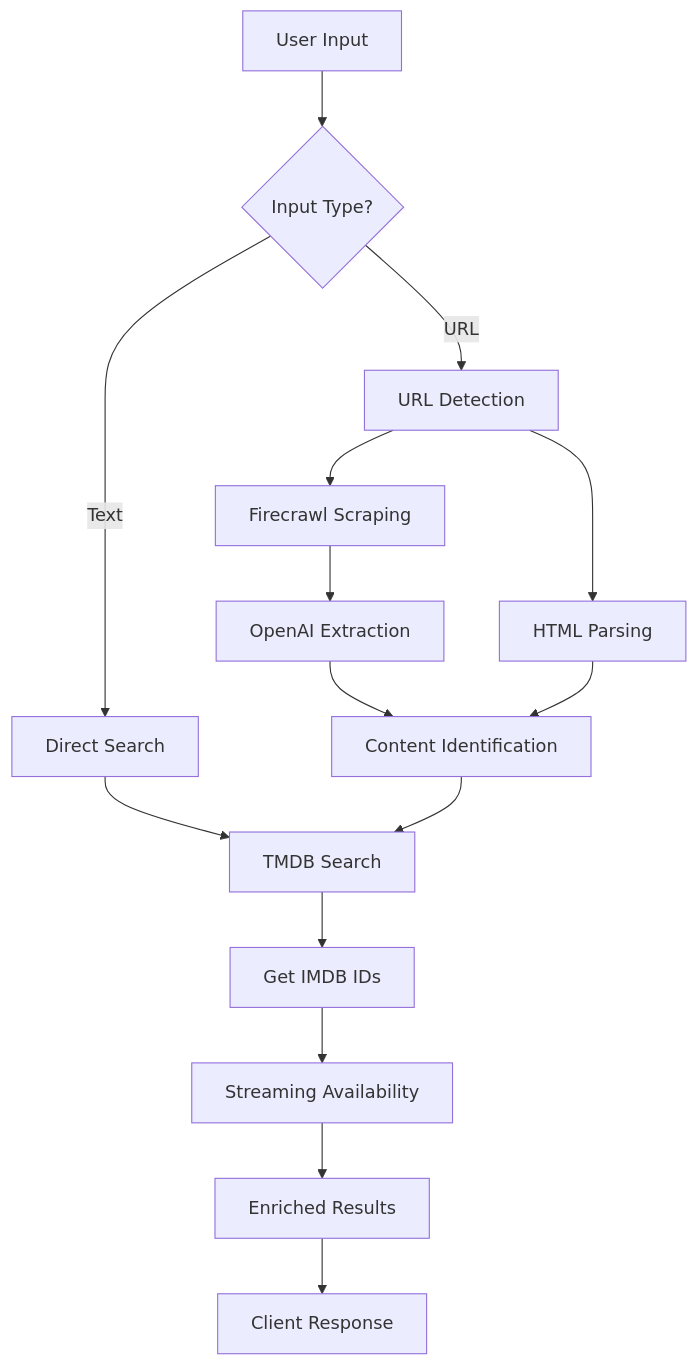
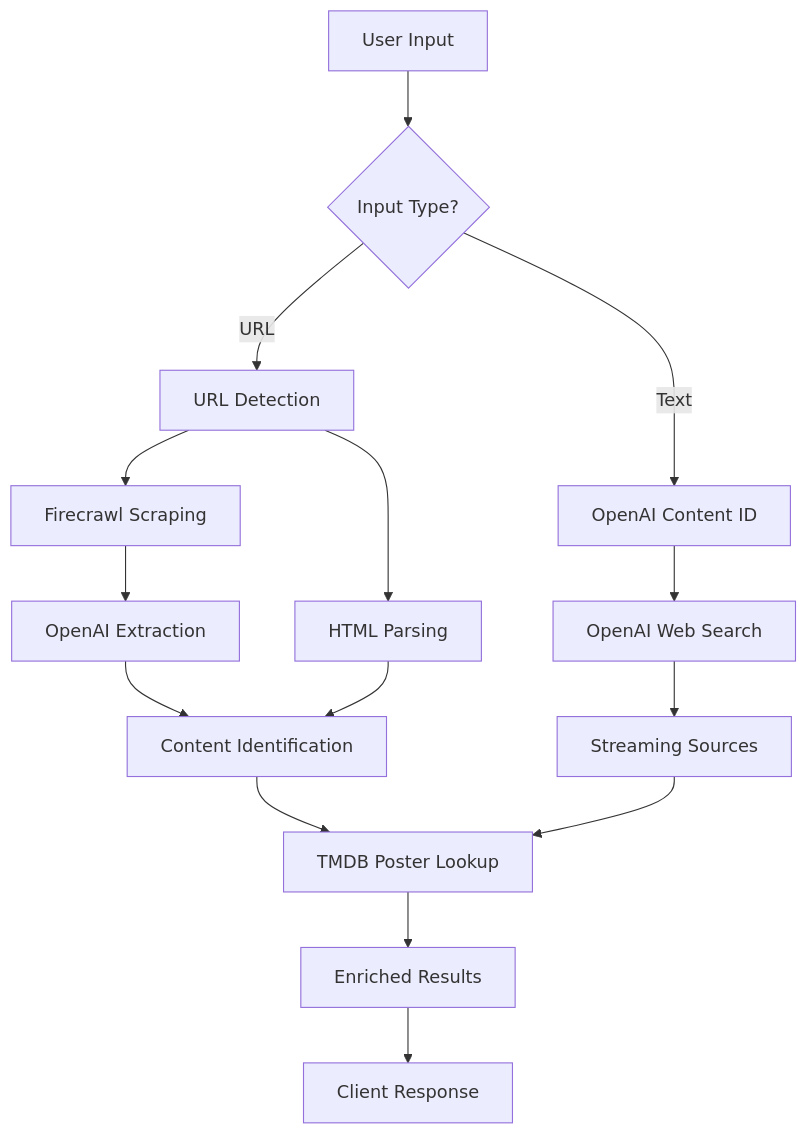
One commit to MajorAaron/visual-stream-finder changed the first of 2 diagrams in docs/edge-functions/search-content.md. Above: the diagram before and after it, drawn with Mermaid. The commit also changed other lines of this file and 15 other files, not shown here.

````diff
--- a/docs/edge-functions/search-content.md
+++ b/docs/edge-functions/search-content.md
@@ -20,21 +20,21 @@
 ```mermaid
 graph TD
     A[User Input] --> B{Input Type?}
     B -->|URL| C[URL Detection]
-    B -->|Text| D[Direct Search]
+    B -->|Text| D[OpenAI Content ID]
     
     C --> E[Firecrawl Scraping]
     E --> F[OpenAI Extraction]
     F --> G[Content Identification]
     
     C --> H[HTML Parsing]
     H --> G
     
-    D --> I[TMDB Search]
-    G --> I
+    D --> I[OpenAI Web Search]
+    I --> J[Streaming Sources]
+    G --> K[TMDB Poster Lookup]
+    J --> K
     
-    I --> J[Get IMDB IDs]
-    J --> K[Streaming Availability]
     K --> L[Enriched Results]
     L --> M[Client Response]
 ```
````
